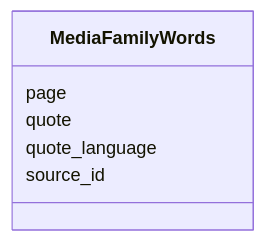
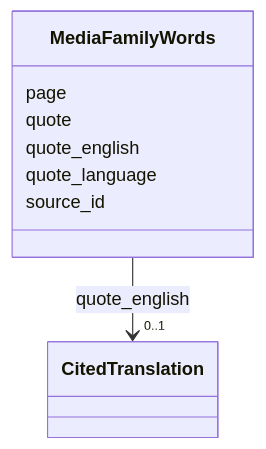
One commit to dsmedia/pruzhany-schema changed the diagram in linkml/generated/docs/media/MediaFamilyWords.md. Above: the diagram before and after it, drawn with Mermaid. The commit also changed other lines of this file and 581 other files, not shown here.

First line of the commit message:
Carry cited English without requiring image boxes

````diff
--- a/linkml/generated/docs/media/MediaFamilyWords.md
+++ b/linkml/generated/docs/media/MediaFamilyWords.md
@@ -23,14 +23,25 @@
 ```mermaid
  classDiagram
     class MediaFamilyWords
     click MediaFamilyWords href "../MediaFamilyWords/"
       MediaFamilyWords : page
         
       MediaFamilyWords : quote
         
+      MediaFamilyWords : quote_english
+        
+          
+    
+        
+        
+        MediaFamilyWords --> "0..1" CitedTranslation : quote_english
+        click CitedTranslation href "../CitedTranslation/"
+    
+
+        
       MediaFamilyWords : quote_language
         
       MediaFamilyWords : source_id
         
       
 ```
````
